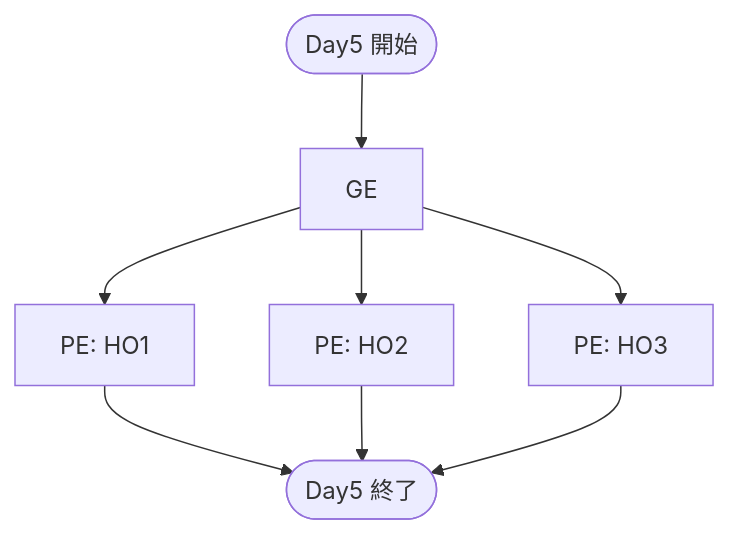
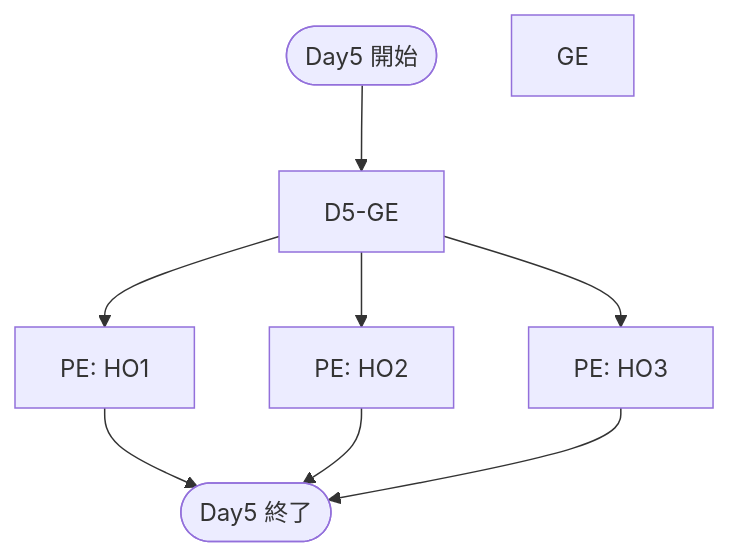
One commit to KarasuTatehi/last-resort-disturbance changed the fifth of 5 diagrams in specs/routing.md. Above: the diagram before and after it, drawn with Mermaid. The commit also changed other lines of this file, not shown here.

````diff
--- a/specs/routing.md
+++ b/specs/routing.md
@@ -135,14 +135,14 @@
 ```mermaid
 flowchart TD
 D5S([Day5 開始])
-D5-GE["GE"]
+D5-GE1["GE"]
 D5-PE-HO1["PE: HO1"]
 D5-PE-HO2["PE: HO2"]
 D5-PE-HO3["PE: HO3"]
 D5E([Day5 終了])
 
 D5S -->
 D5-GE -->
 D5-PE-HO1 & D5-PE-HO2 & D5-PE-HO3 -->
 D5E
 ```
````
